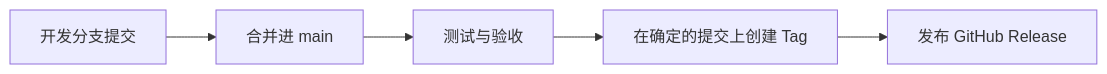
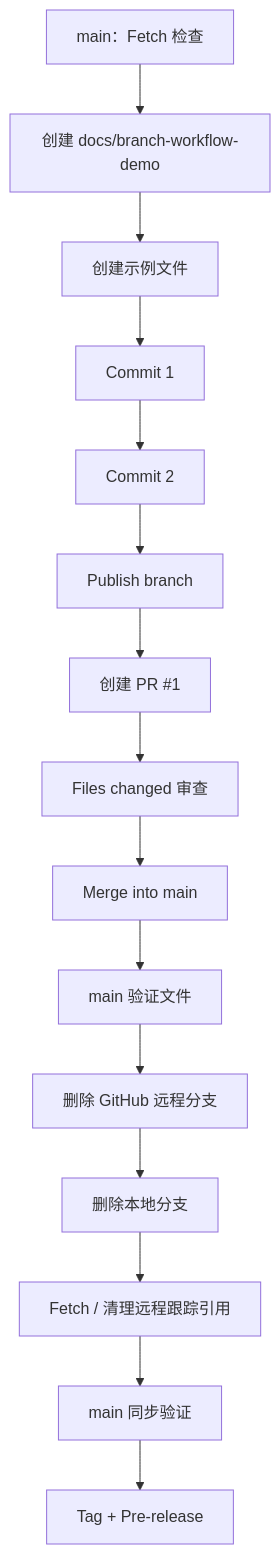
Before and after one commit to coowinit/github-desktop-learning-guide: the diagram in README.md, drawn with Mermaid. The commit also changed other lines of this file and 30 other files, not shown here.

First line of the commit message:
docs: 完成 GitHub Desktop 分支管理实战指南 v1.0.0

````diff
--- a/README.md
+++ b/README.md
@@ -202,7 +35,17 @@
 ```mermaid
-flowchart LR
-    A[开发分支提交] --> B[合并进 main]
-    B --> C[测试与验收]
-    C --> D[在确定的提交上创建 Tag]
-    D --> E[发布 GitHub Release]
+flowchart TD
+  A[main：Fetch 检查] --> B[创建 docs/branch-workflow-demo]
+  B --> C[创建示例文件]
+  C --> D[Commit 1]
+  D --> E[Commit 2]
+  E --> F[Publish branch]
+  F --> G[创建 PR #1]
+  G --> H[Files changed 审查]
+  H --> I[Merge into main]
+  I --> J[main 验证文件]
+  J --> K[删除 GitHub 远程分支]
+  K --> L[删除本地分支]
+  L --> M[Fetch / 清理远程跟踪引用]
+  M --> N[main 同步验证]
+  N --> O[Tag + Pre-release]
 ```
````
